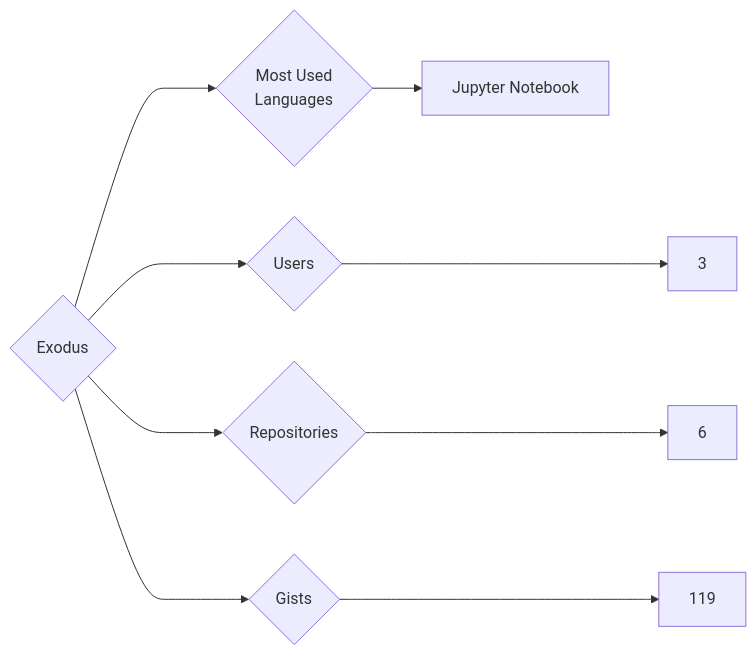
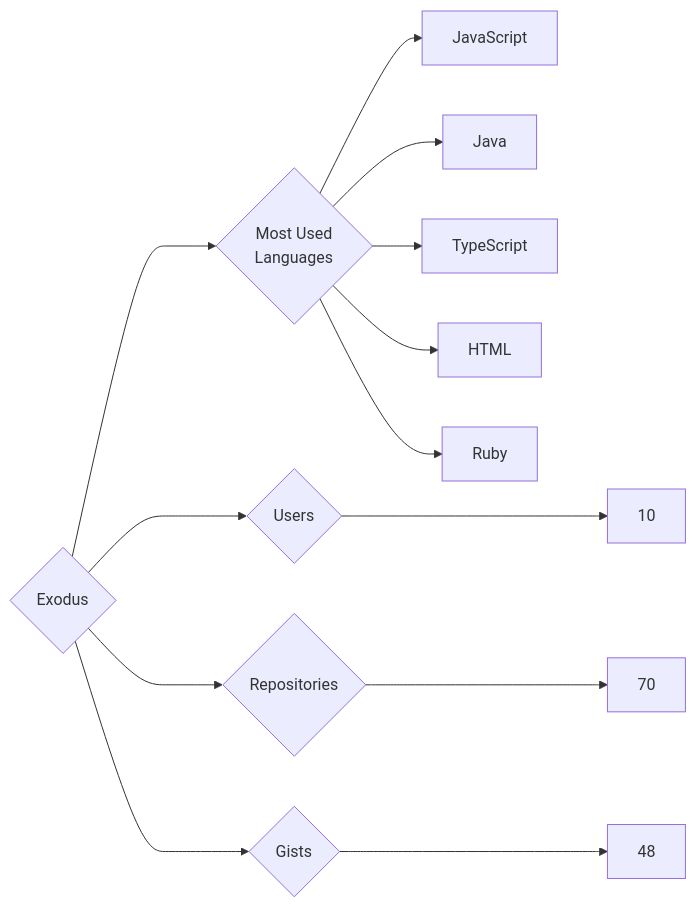
One commit to trickest/insiders changed the diagram in targets/Exodus/README.md. Above: the diagram before and after it, drawn with Mermaid. The commit also changed 934 other files, not shown here.

````diff
--- a/targets/Exodus/README.md
+++ b/targets/Exodus/README.md
@@ -3,9 +3,13 @@
 ```mermaid
 graph LR
 COMPANY_NAME{Exodus}
-COMPANY_NAME ---> U{Users} ---> UN[3]
-COMPANY_NAME ---> R{Repositories} ---> RN[6]
-COMPANY_NAME ---> G{Gists} ---> GN[119]
+COMPANY_NAME ---> U{Users} ---> UN[10]
+COMPANY_NAME ---> R{Repositories} ---> RN[70]
+COMPANY_NAME ---> G{Gists} ---> GN[48]
 COMPANY_NAME ---> ML{Most Used<br>Languages}
-ML --> Jupyter_Notebook[Jupyter Notebook]
+ML --> JavaScript[JavaScript]
+ML --> Java[Java]
+ML --> TypeScript[TypeScript]
+ML --> HTML[HTML]
+ML --> Ruby[Ruby]
 ```
````
